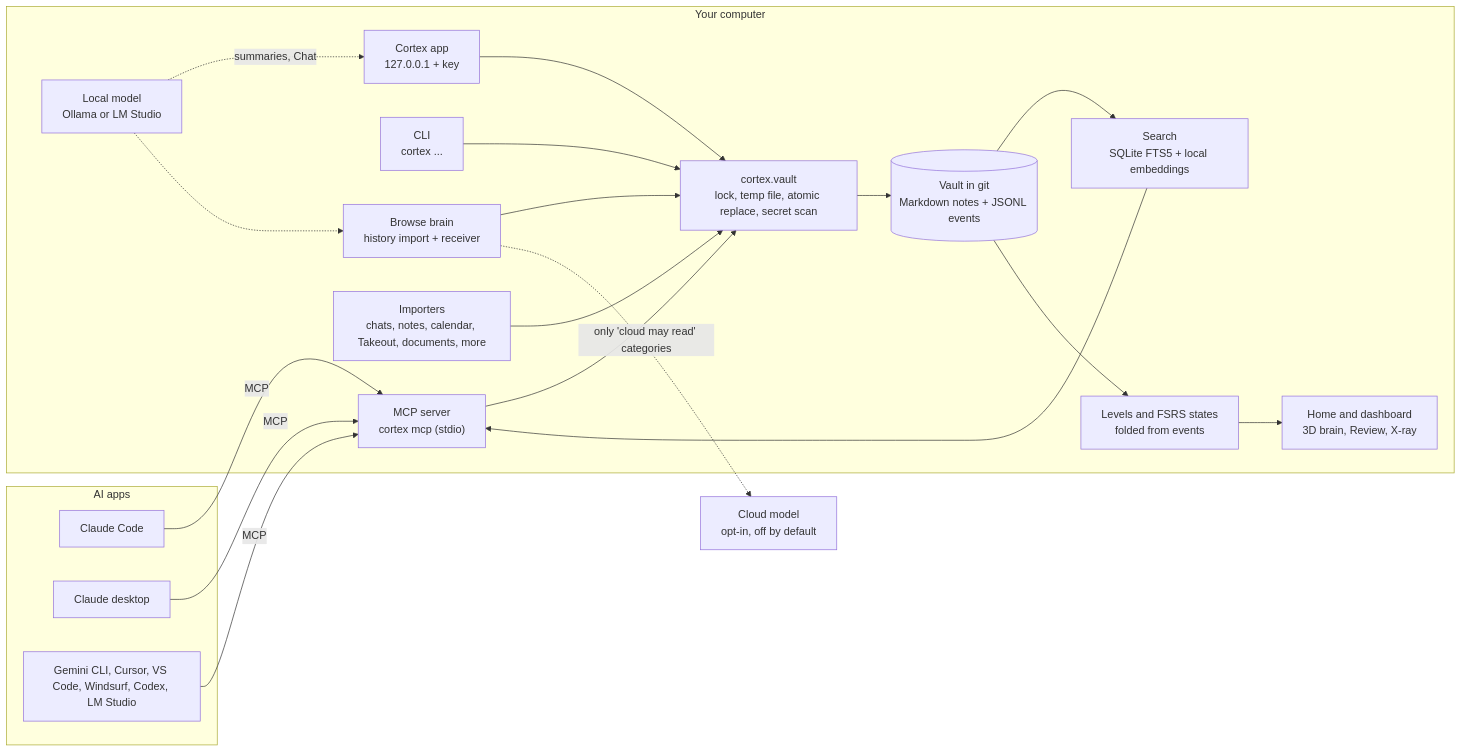
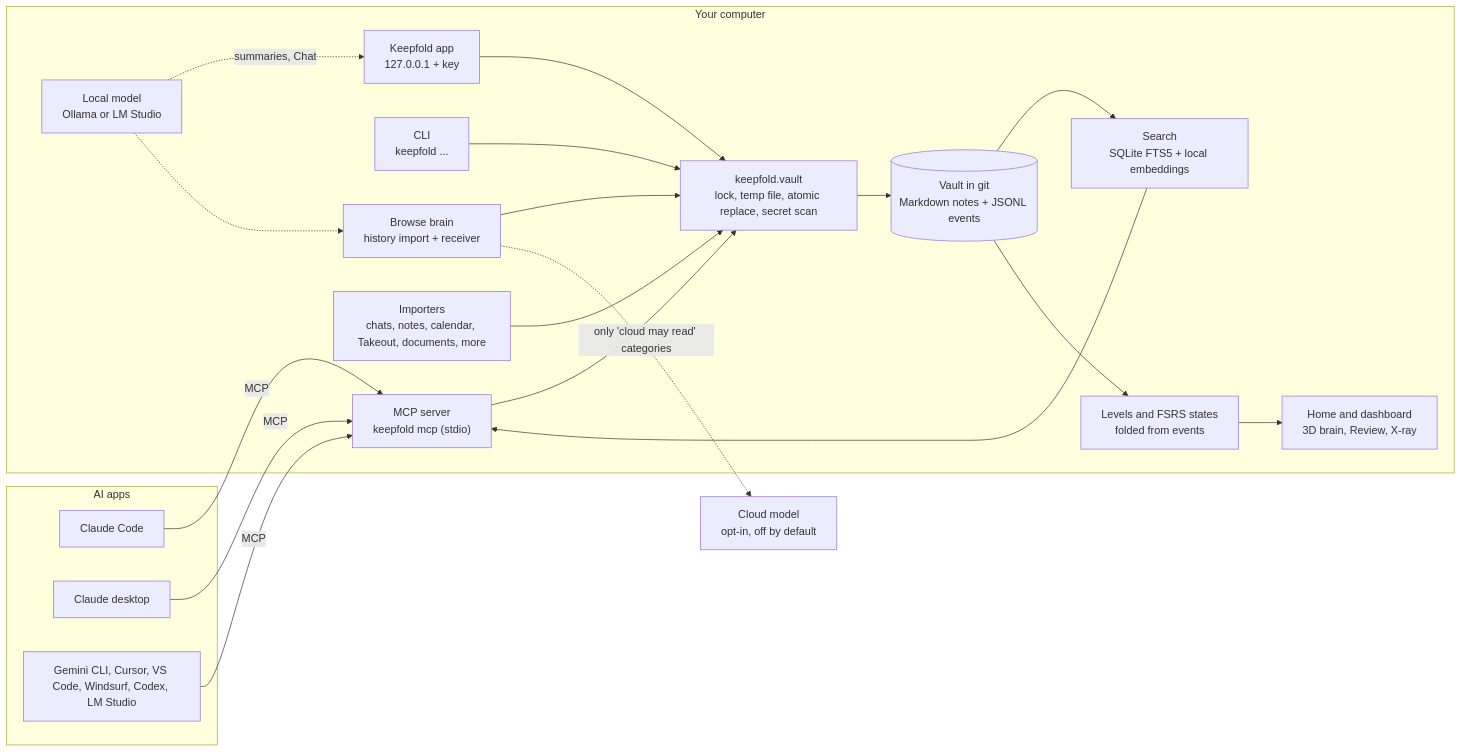
One commit to alenissacsam-2/cortex-learner changed the diagram in README.md. Above: the diagram before and after it, drawn with Mermaid. The commit also changed other lines of this file and 573 other files, not shown here.

````diff
--- a/README.md
+++ b/README.md
@@ -398,36 +432,36 @@
 ```mermaid
 flowchart LR
     subgraph apps["AI apps"]
         CC["Claude Code"]
         CD["Claude desktop"]
         OT["Gemini CLI, Cursor, VS Code, Windsurf, Codex, LM Studio"]
     end
     subgraph pc["Your computer"]
-        MCP["MCP server<br/>cortex mcp (stdio)"]
-        CLI["CLI<br/>cortex ..."]
-        APP["Cortex app<br/>127.0.0.1 + key"]
-        VW["cortex.vault<br/>lock, temp file, atomic replace, secret scan"]
+        MCP["MCP server<br/>keepfold mcp (stdio)"]
+        CLI["CLI<br/>keepfold ..."]
+        APP["Keepfold app<br/>127.0.0.1 + key"]
+        VW["keepfold.vault<br/>lock, temp file, atomic replace, secret scan"]
         VAULT[("Vault in git<br/>Markdown notes + JSONL events")]
         IDX["Search<br/>SQLite FTS5 + local embeddings"]
         FOLD["Levels and FSRS states<br/>folded from events"]
         DASH["Home and dashboard<br/>3D brain, Review, X-ray"]
         IMP["Importers<br/>chats, notes, calendar, Takeout, documents, more"]
         BR["Browse brain<br/>history import + receiver"]
         LLM["Local model<br/>Ollama or LM Studio"]
     end
     CLOUD["Cloud model<br/>opt-in, off by default"]
     CC & CD & OT -->|MCP| MCP
     MCP --> VW
     CLI --> VW
     APP --> VW
     IMP --> VW
     BR --> VW
     VW --> VAULT
     VAULT --> IDX
     VAULT --> FOLD
     FOLD --> DASH
     IDX --> MCP
     LLM -.->|summaries, Chat| APP
     LLM -.-> BR
     BR -.->|"only 'cloud may read' categories"| CLOUD
 ```
````
